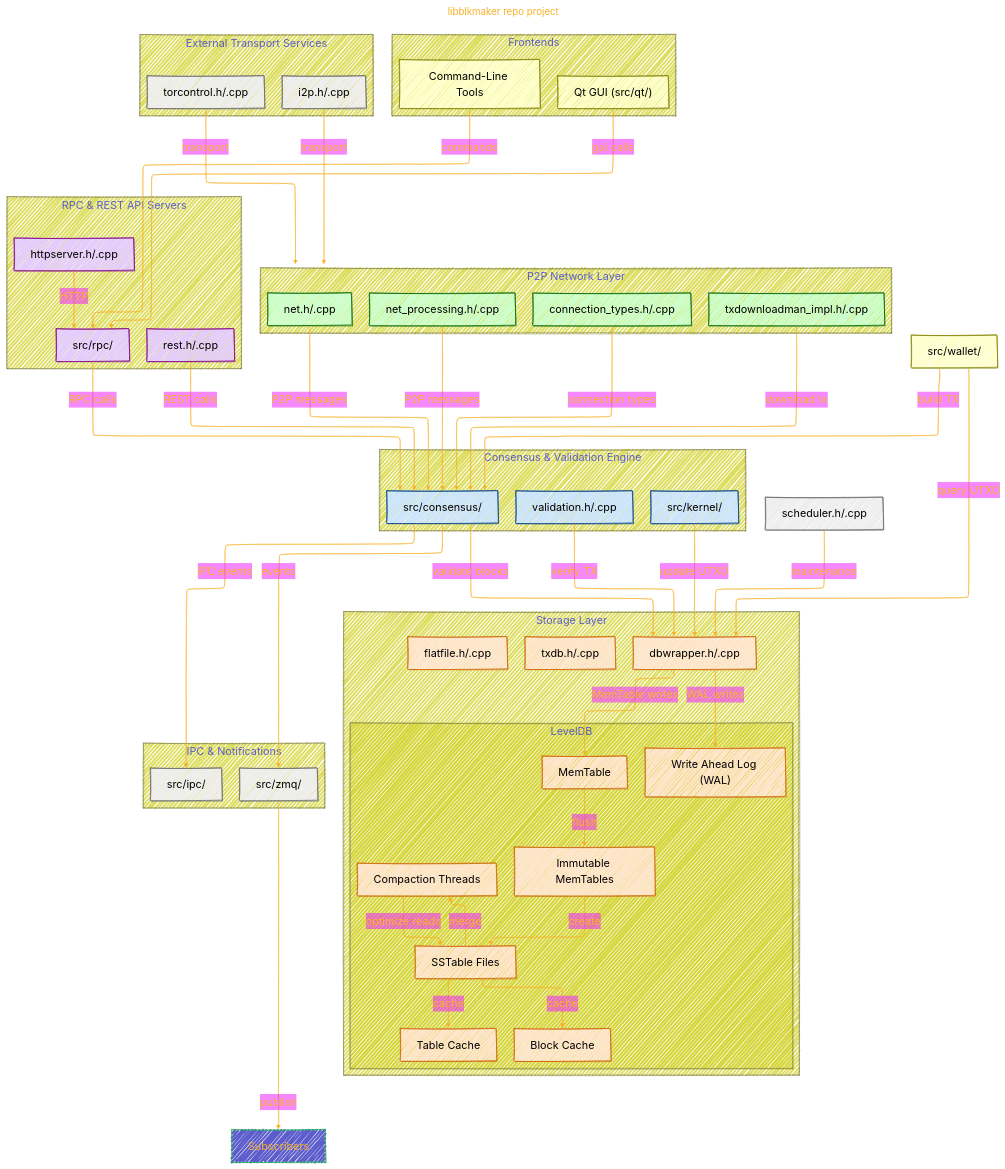
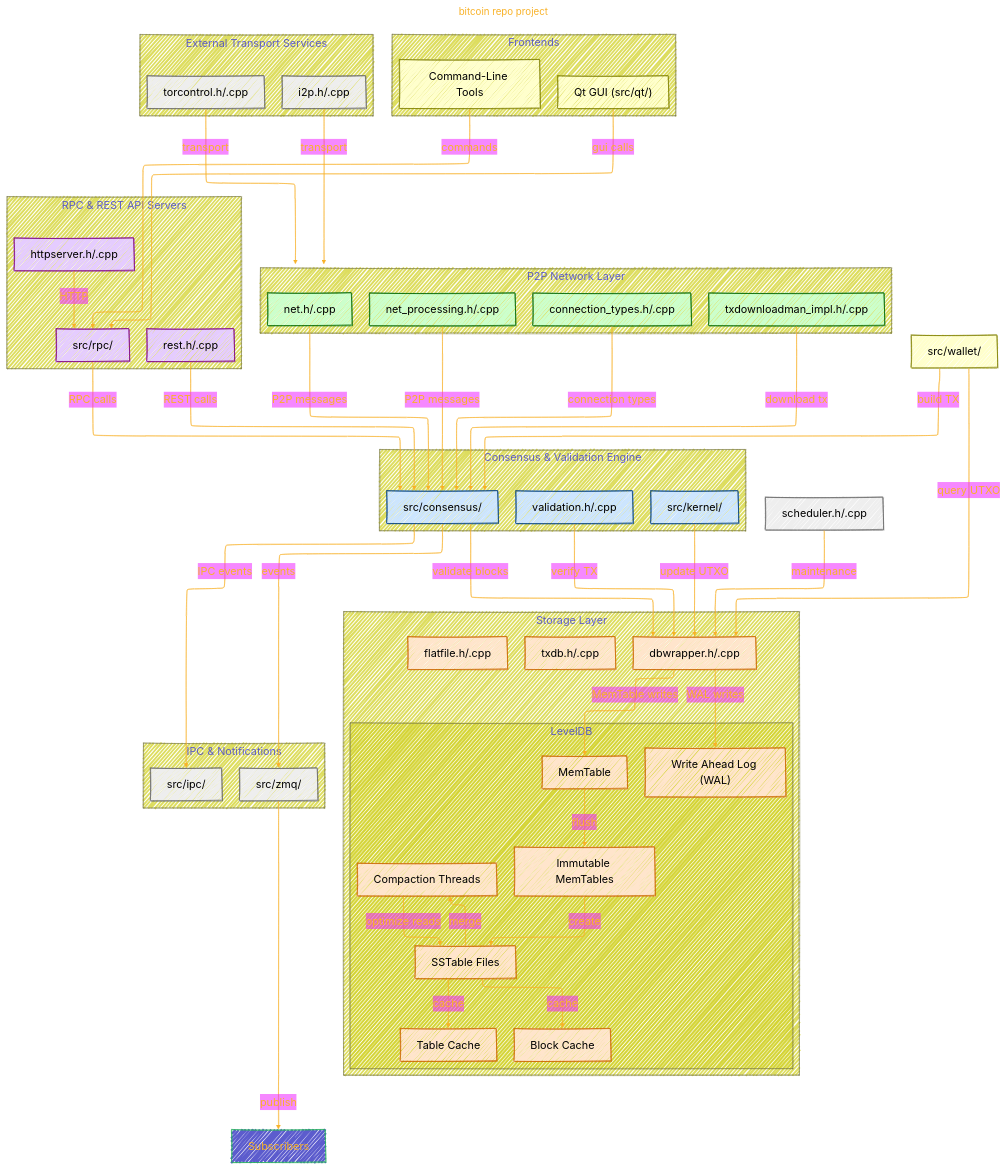
One commit to CongLeSolutionX/ArchExplorer changed the first of 2 diagrams in BITCOIN/bitcoin_repo_project.md. Above: the diagram before and after it, drawn with Mermaid. The commit also changed 1 other file, not shown here.

Commit message:
update notes

````diff
--- a/BITCOIN/bitcoin_repo_project.md
+++ b/BITCOIN/bitcoin_repo_project.md
@@ -39,6 +39,6 @@
 ```mermaid
 ---
-title: "libblkmaker repo project"
+title: "bitcoin repo project"
 author: "Cong Le"
 version: "1.0"
 license(s): "MIT, CC BY-SA 4.0"
````
